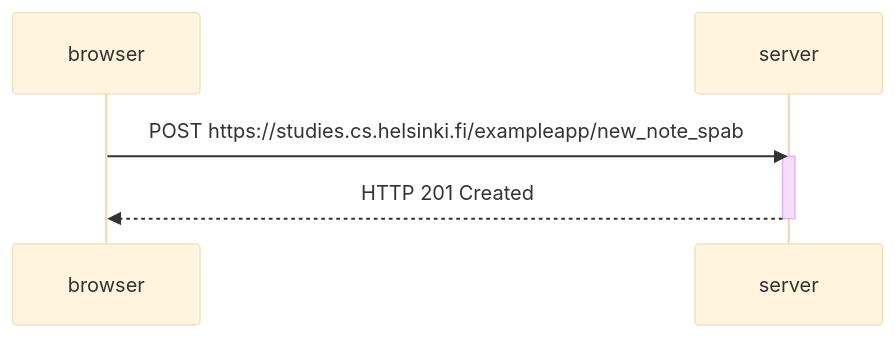
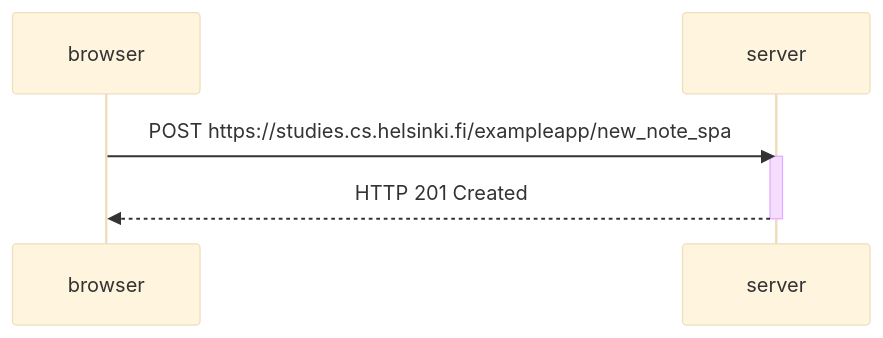
Before and after one commit to mqygdsmm/FullStackOpen: the diagram in Part0/exercise0.6.md, drawn with Mermaid (base theme).

````diff
--- a/Part0/exercise0.6.md
+++ b/Part0/exercise0.6.md
@@ -1,10 +1,10 @@
 ```mermaid
 sequenceDiagram
     participant browser
     participant server
 
-    browser->>server: POST https://studies.cs.helsinki.fi/exampleapp/new_note_spab
+    browser->>server: POST https://studies.cs.helsinki.fi/exampleapp/new_note_spa
     activate server
     server-->>browser: HTTP 201 Created
     deactivate server
 ```
````
